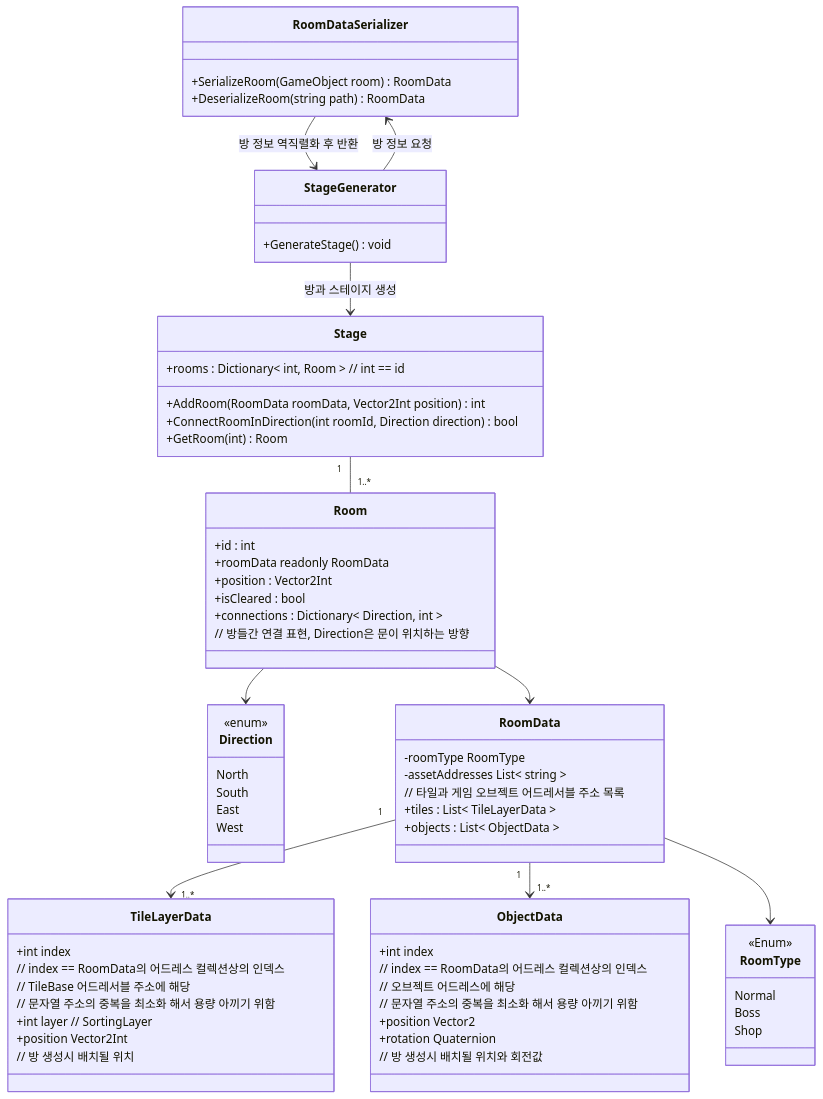
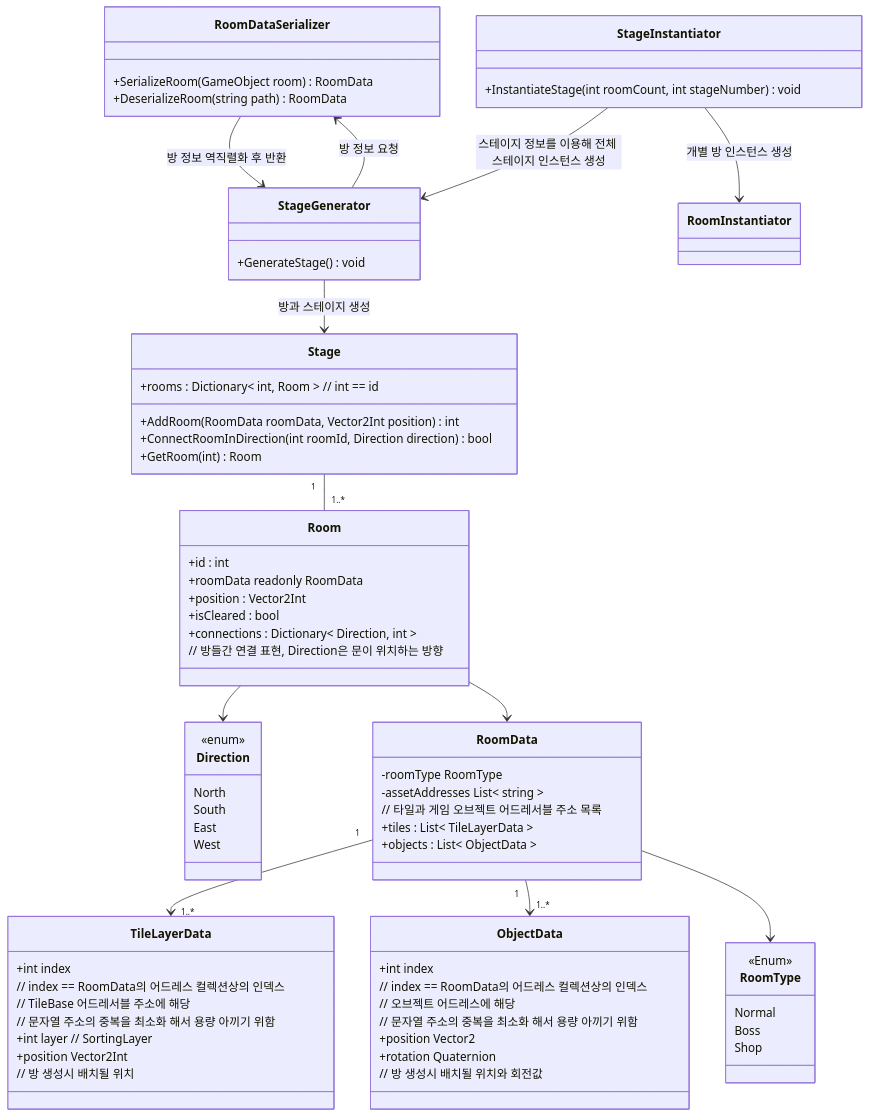
Before and after one commit to JIN5EOK/DungeonShooter: the first of 4 diagrams in Assets/_README/Stage_Spec.md, drawn with Mermaid. The commit also changed other lines of this file and 13 other files, not shown here.

````diff
--- a/Assets/_README/Stage_Spec.md
+++ b/Assets/_README/Stage_Spec.md
@@ -7,76 +7,82 @@
 ```mermaid
 classDiagram
     class Direction {
         <<enum>>
         North
         South
         East
         West
     }
     class Stage {
         +rooms : Dictionary< int, Room > // int == id
         +AddRoom(RoomData roomData, Vector2Int position) int
         +ConnectRoomInDirection(int roomId, Direction direction) bool
         +GetRoom(int) Room
     }
     class Room {
         +id : int
         +roomData readonly RoomData 
         +position : Vector2Int
         +isCleared : bool
         +connections : Dictionary< Direction, int > 
         // 방들간 연결 표현, Direction은 문이 위치하는 방향
     }
     class RoomData {
         -roomType RoomType
         -assetAddresses List< string >
         // 타일과 게임 오브젝트 어드레서블 주소 목록
         +tiles : List< TileLayerData >
         +objects : List< ObjectData >
     }
 
     class TileLayerData{
         +int index
         // index == RoomData의 어드레스 컬렉션상의 인덱스
         // TileBase 어드레서블 주소에 해당
         // 문자열 주소의 중복을 최소화 해서 용량 아끼기 위함
         +int layer // SortingLayer
         +position Vector2Int
         // 방 생성시 배치될 위치
     }
 
     class ObjectData{
         +int index
         // index == RoomData의 어드레스 컬렉션상의 인덱스
         // 오브젝트 어드레스에 해당
         // 문자열 주소의 중복을 최소화 해서 용량 아끼기 위함
         +position Vector2
         +rotation Quaternion
         // 방 생성시 배치될 위치와 회전값
     }
 
     class RoomDataSerializer{
         +SerializeRoom(GameObject room) RoomData
         +DeserializeRoom(string path) RoomData
     }
     class StageGenerator{
         +GenerateStage() void
     }
 
+    class StageInstantiator{
+        +InstantiateStage(int roomCount, int stageNumber) void
+    }
+
     class RoomType{
         <<Enum>>
         Normal
         Boss
         Shop
     }
 
     Room --> Direction
     StageGenerator --> RoomDataSerializer : 방 정보 요청
     StageGenerator --> Stage : 방과 스테이지 생성
     RoomDataSerializer -->  StageGenerator : 방 정보 역직렬화 후 반환
+    StageInstantiator --> StageGenerator : 스테이지 정보를 이용해 전체 스테이지 인스턴스 생성
+    StageInstantiator --> RoomInstantiator : 개별 방 인스턴스 생성
     Stage "1" -- "1..*" Room
     Room --> RoomData
     RoomData "1"-->"1..*" TileLayerData
     RoomData "1"-->"1..*" ObjectData
     RoomData --> RoomType
 ```
````
